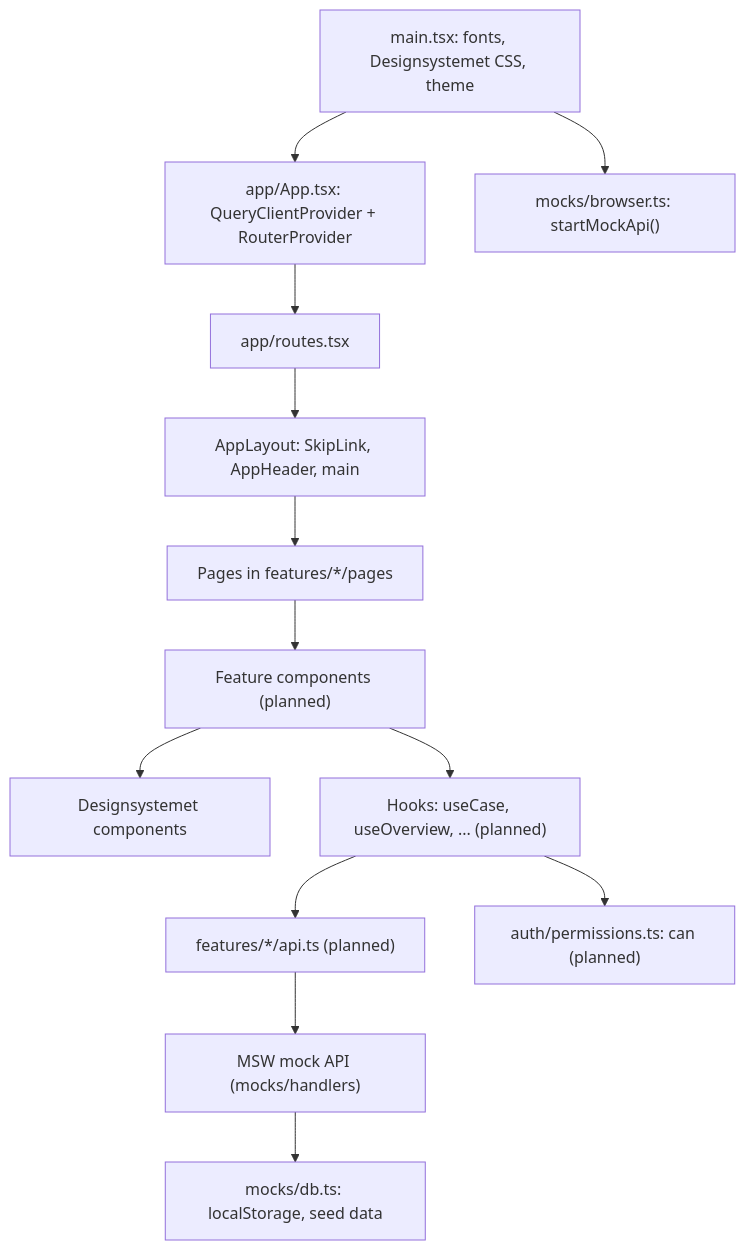
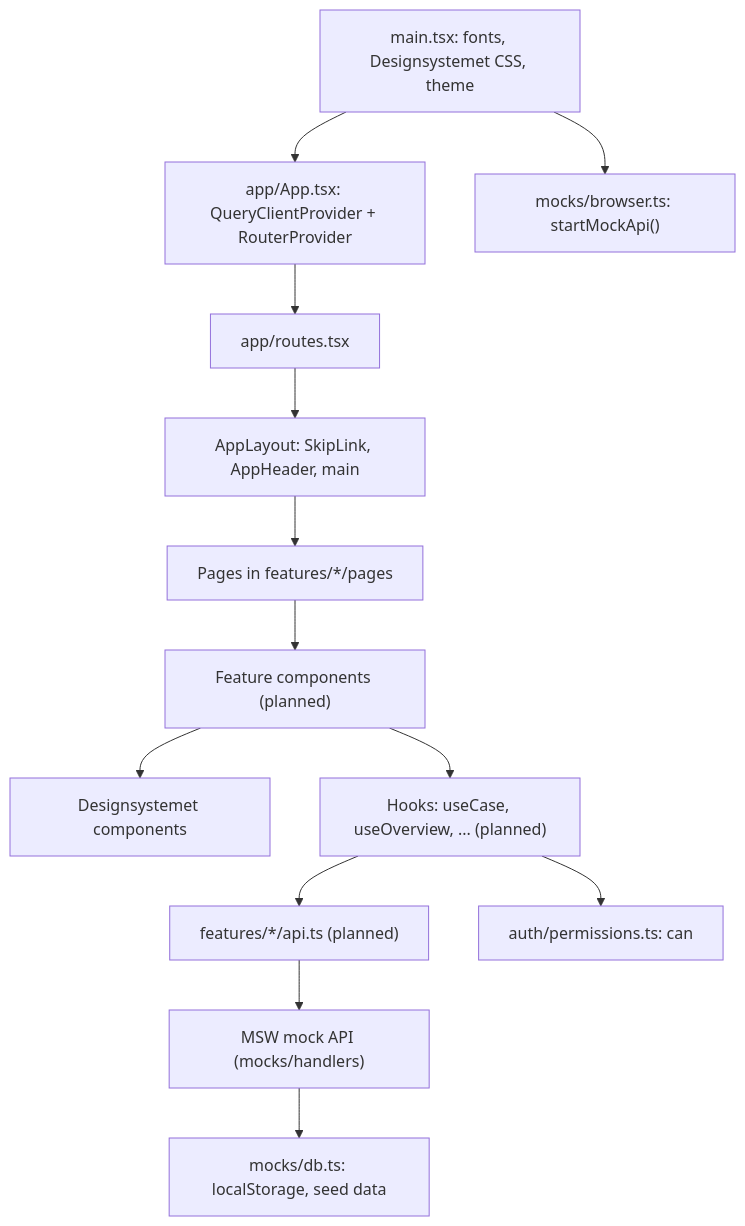
Before and after one commit to TLS97/tines-case-management-system: the first of 2 diagrams in docs/architecture.md, drawn with Mermaid. The commit also changed other lines of this file and 7 other files, not shown here.

First line of the commit message:
feat(auth): can() for the whole permission table (T1.2, F-004) (#11)

````diff
--- a/docs/architecture.md
+++ b/docs/architecture.md
@@ -6,15 +6,15 @@
 ```mermaid
 flowchart TD
   Main[main.tsx: fonts, Designsystemet CSS, theme] --> App[app/App.tsx: QueryClientProvider + RouterProvider]
   App --> Routes[app/routes.tsx]
   Routes --> Layout[AppLayout: SkipLink, AppHeader, main]
   Layout --> Pages[Pages in features/*/pages]
   Pages --> Components["Feature components (planned)"]
   Components --> DS[Designsystemet components]
   Components --> Hooks["Hooks: useCase, useOverview, ... (planned)"]
   Hooks --> Api["features/*/api.ts (planned)"]
   Api --> Mock["MSW mock API (mocks/handlers)"]
   Mock --> Store["mocks/db.ts: localStorage, seed data"]
   Main --> Worker["mocks/browser.ts: startMockApi()"]
-  Hooks --> Perm["auth/permissions.ts: can (planned)"]
+  Hooks --> Perm["auth/permissions.ts: can"]
 ```
````
